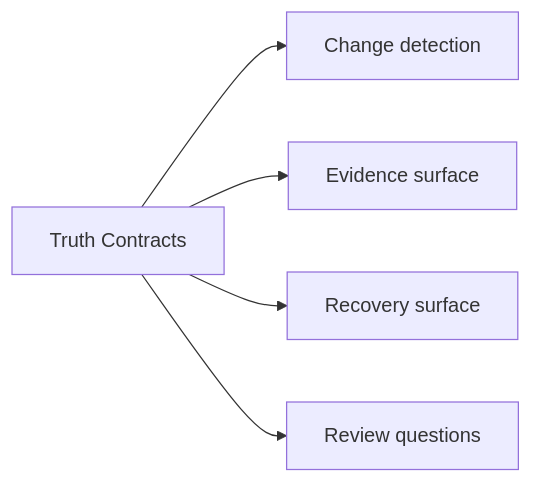
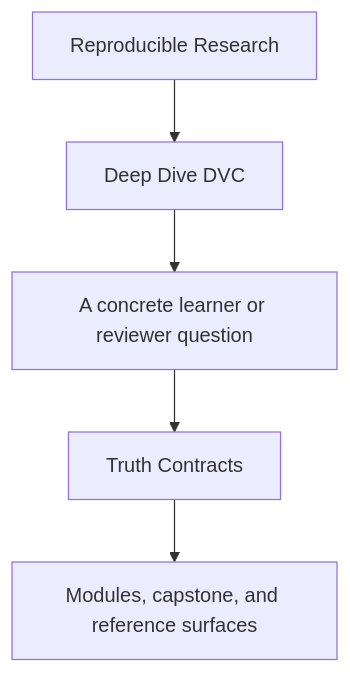
Before and after one commit to bijux/bijux-masterclass: the first of 2 diagrams in programs/reproducible-research/deep-dive-dvc/course-book/guides/truth-contracts.md, drawn with Mermaid. The commit also changed other lines of this file and 31 other files, not shown here.

Commit message:
docs(deep-dive-dvc): sharpen guide and reference diagrams

````diff
--- a/programs/reproducible-research/deep-dive-dvc/course-book/guides/truth-contracts.md
+++ b/programs/reproducible-research/deep-dive-dvc/course-book/guides/truth-contracts.md
@@ -6,13 +6,7 @@
 ```mermaid
-graph LR
-  contracts["Truth Contracts"]
-  change["Change detection"]
-  evidence["Evidence surface"]
-  recovery["Recovery surface"]
-  review["Review questions"]
-
-  contracts --> change
-  contracts --> evidence
-  contracts --> recovery
-  contracts --> review
+flowchart TD
+  family["Reproducible Research"] --> program["Deep Dive DVC"]
+  program --> pressure["A concrete learner or reviewer question"]
+  pressure --> guide["Truth Contracts"]
+  guide --> next["Modules, capstone, and reference surfaces"]
 ```
````
